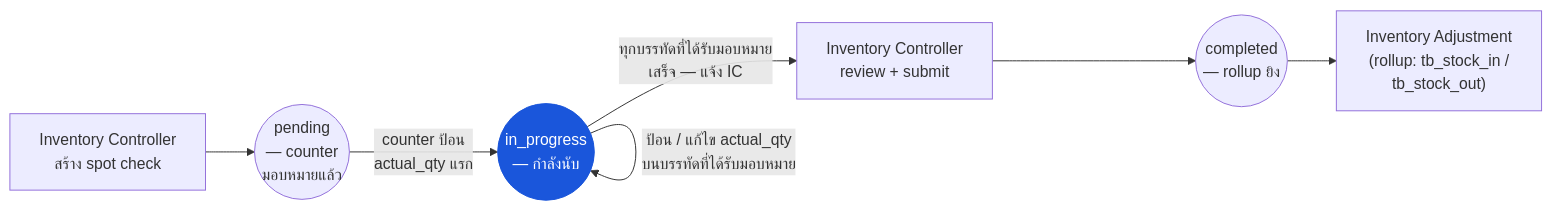
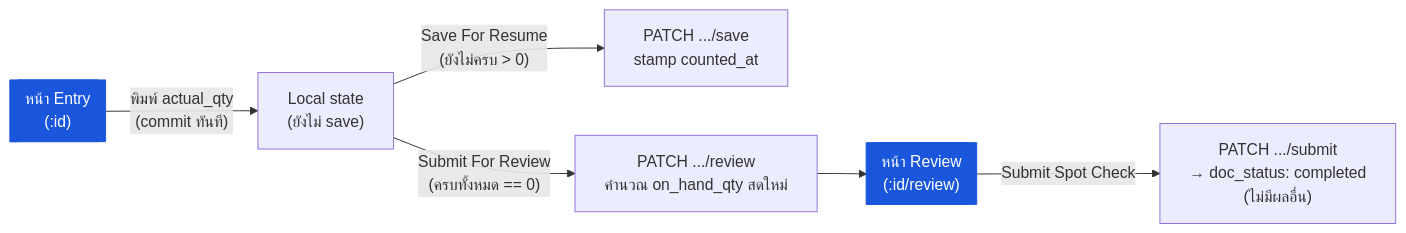
One commit to CarmenSoftware-organization/carmen-wiki changed the diagram in th/inventory/spot-check/03-user-flow-counter.md. Above: the diagram before and after it, drawn with Mermaid. The commit also changed other lines of this file and 22 other files, not shown here.

First line of the commit message:
docs(resync): spot-check snapshot — whole-module rewrite, fabricated 3-persona/recount/tolerance/GL-rollup workflow replaced with real single-flow single-permission implementation

````diff
--- a/th/inventory/spot-check/03-user-flow-counter.md
+++ b/th/inventory/spot-check/03-user-flow-counter.md
@@ -23,10 +23,10 @@
 ```mermaid
 graph LR
-    lead_create["Inventory Controller\nสร้าง spot check"] --> pending(("pending\n— counter\nมอบหมายแล้ว"))
-    pending -->|"counter ป้อน\nactual_qty แรก"| in_progress(("in_progress\n— กำลังนับ")):::current
-    in_progress -->|"ป้อน / แก้ไข actual_qty\nบนบรรทัดที่ได้รับมอบหมาย"| in_progress:::current
-    in_progress -->|"ทุกบรรทัดที่ได้รับมอบหมาย\nเสร็จ — แจ้ง IC"| lead_submit["Inventory Controller\nreview + submit"]
-    lead_submit --> completed(("completed\n— rollup ยิง"))
-    completed --> adj["Inventory Adjustment\n(rollup: tb_stock_in /\ntb_stock_out)"]
+    entry[["หน้า Entry\n(:id)"]]:::current
+    entry -->|"พิมพ์ actual_qty\n(commit ทันที)"| commit["Local state\n(ยังไม่ save)"]
+    commit -->|"Save For Resume\n(ยังไม่ครบ > 0)"| save["PATCH .../save\nstamp counted_at"]
+    commit -->|"Submit For Review\n(ครบทั้งหมด == 0)"| review["PATCH .../review\nคำนวณ on_hand_qty สดใหม่"]
+    review --> reviewScreen[["หน้า Review\n(:id/review)"]]:::current
+    reviewScreen -->|"Submit Spot Check"| submit["PATCH .../submit\n→ doc_status: completed\n(ไม่มีผลอื่น)"]
     classDef current fill:#1a56db,color:#fff,stroke:#1a56db;
 ```
````
